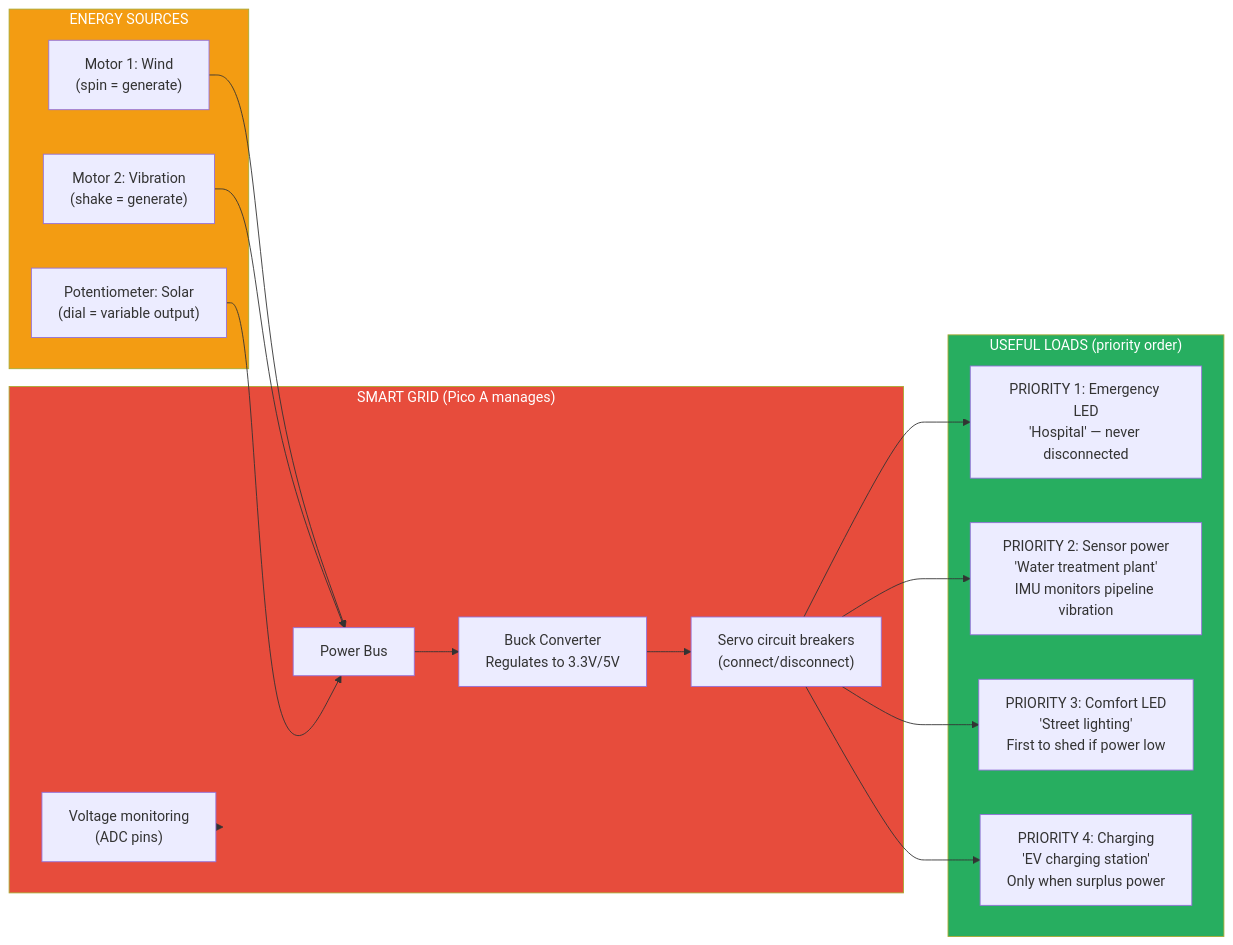
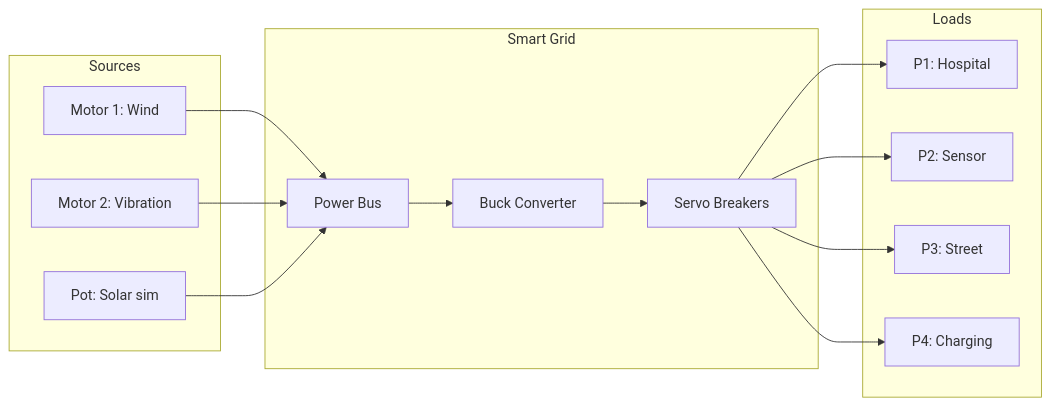
The third of 14 diagrams in docs/gridbox-proposal.md (doyun-gu/hack-a-bot-2026), drawn with Mermaid before and after one commit. The commit also changed other lines of this file and 3 other files, not shown here.

First line of the commit message:
Clean up diagrams + add EEE theory + ventilation application

````diff
--- a/docs/gridbox-proposal.md
+++ b/docs/gridbox-proposal.md
@@ -101,36 +80,30 @@
 ```mermaid
 graph LR
-    subgraph SOURCES["ENERGY SOURCES"]
-        S1["Motor 1: Wind<br/>(spin = generate)"]
-        S2["Motor 2: Vibration<br/>(shake = generate)"]
-        S3["Potentiometer: Solar<br/>(dial = variable output)"]
+    subgraph SOURCES["Sources"]
+        S1[Motor 1: Wind]
+        S2[Motor 2: Vibration]
+        S3[Pot: Solar sim]
     end
 
-    subgraph GRID["SMART GRID (Pico A manages)"]
-        BUS["Power Bus"]
-        BUCK["Buck Converter<br/>Regulates to 3.3V/5V"]
-        MONITOR["Voltage monitoring<br/>(ADC pins)"]
-        BREAKERS["Servo circuit breakers<br/>(connect/disconnect)"]
+    subgraph GRID["Smart Grid"]
+        BUS[Power Bus]
+        BUCK[Buck Converter]
+        BREAKERS[Servo Breakers]
     end
 
-    subgraph LOADS["USEFUL LOADS (priority order)"]
-        L1["PRIORITY 1: Emergency LED<br/>'Hospital' — never disconnected"]
-        L2["PRIORITY 2: Sensor power<br/>'Water treatment plant'<br/>IMU monitors pipeline vibration"]
-        L3["PRIORITY 3: Comfort LED<br/>'Street lighting'<br/>First to shed if power low"]
-        L4["PRIORITY 4: Charging<br/>'EV charging station'<br/>Only when surplus power"]
+    subgraph LOADS["Loads"]
+        L1[P1: Hospital]
+        L2[P2: Sensor]
+        L3[P3: Street]
+        L4[P4: Charging]
     end
 
     S1 --> BUS
     S2 --> BUS
     S3 --> BUS
     BUS --> BUCK --> BREAKERS
     BREAKERS --> L1
     BREAKERS --> L2
     BREAKERS --> L3
     BREAKERS --> L4
-    MONITOR --> GRID
-
-    style SOURCES fill:#f39c12,color:#fff
-    style GRID fill:#e74c3c,color:#fff
-    style LOADS fill:#27ae60,color:#fff
 ```
````
